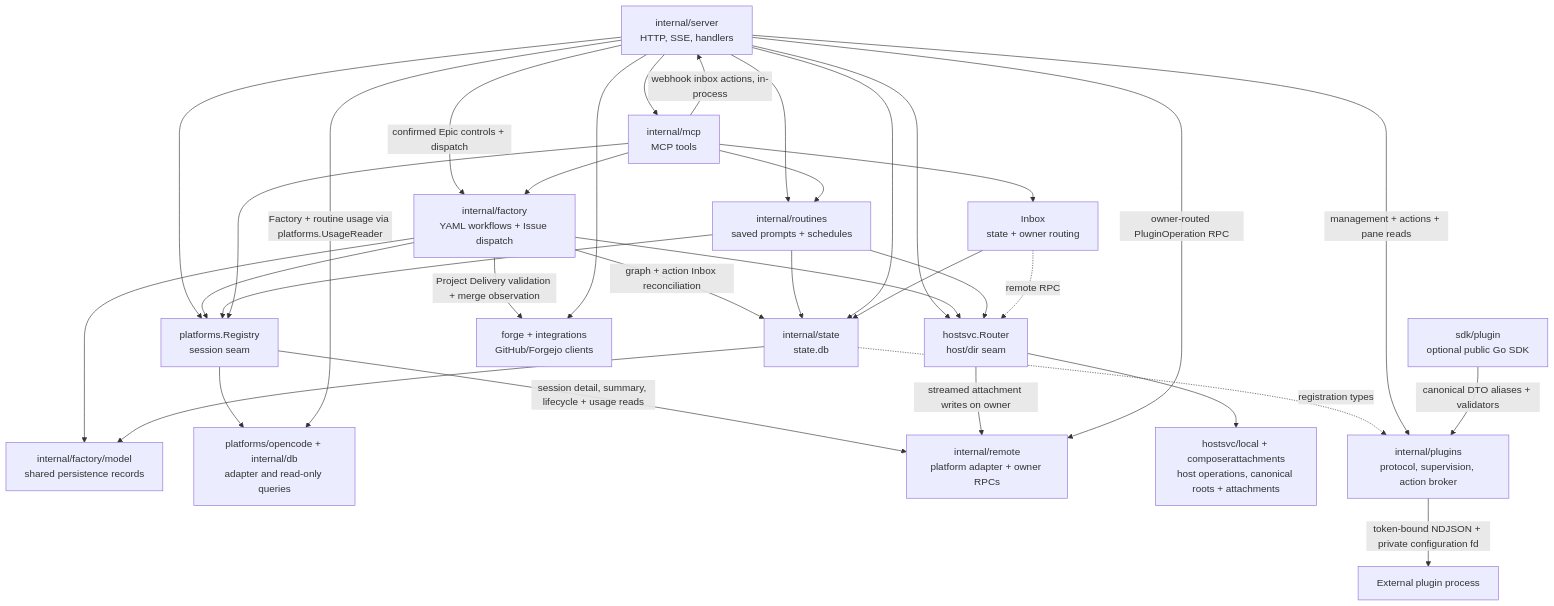
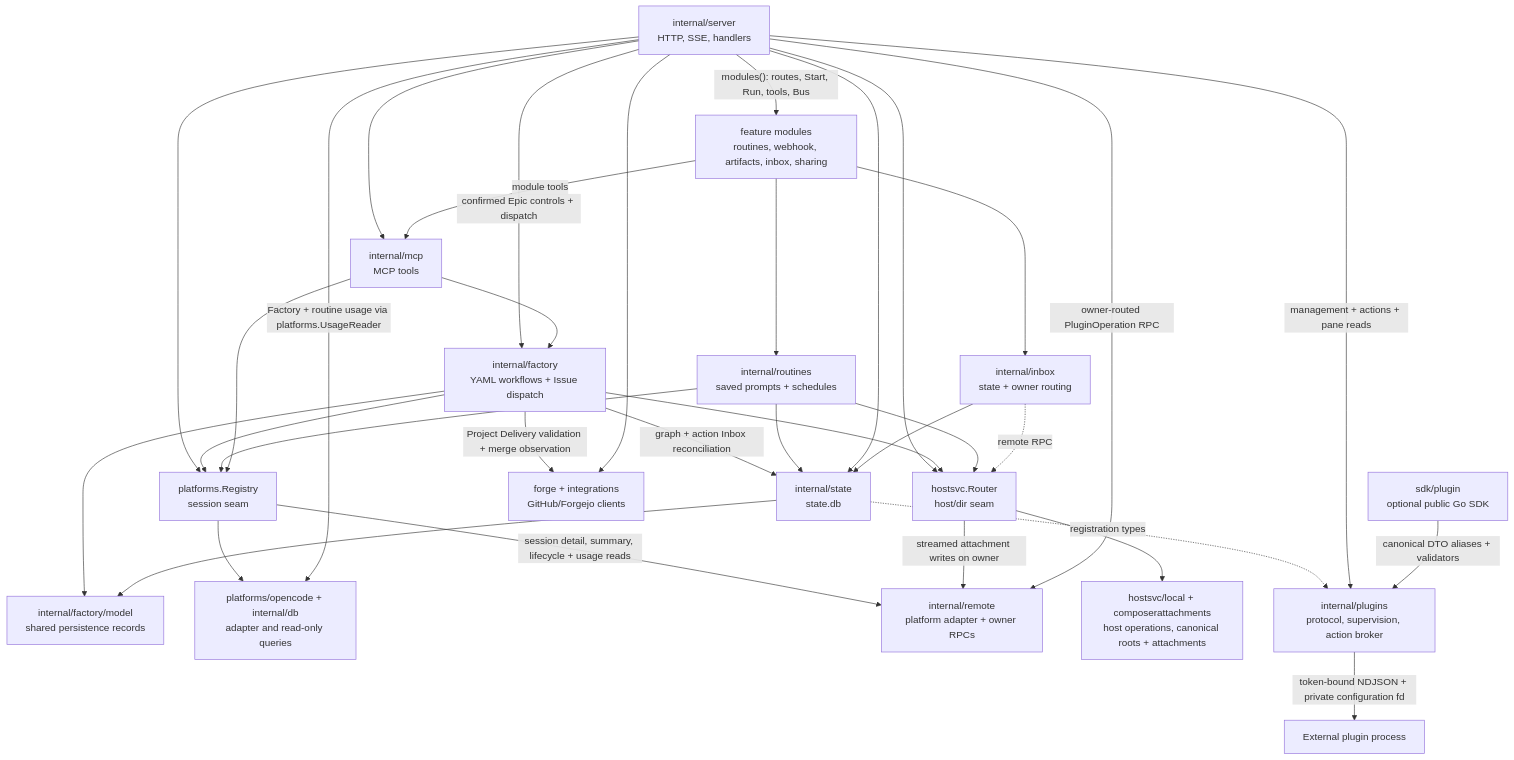
The third of 5 diagrams in docs/other/architecture.md (ocman/ocman), drawn with Mermaid before and after one commit. The commit also changed other lines of this file and 118 other files, not shown here.

Commit message:
refactor(server): extract feature modules and typed event bus

````diff
--- a/docs/other/architecture.md
+++ b/docs/other/architecture.md
@@ -175,36 +175,36 @@
 ```mermaid
 flowchart TD
     Server[internal/server<br/>HTTP, SSE, handlers] --> Registry[platforms.Registry<br/>session seam]
     Server --> Router[hostsvc.Router<br/>host/dir seam]
-    Server --> Routines[internal/routines<br/>saved prompts + schedules]
+    Server -->|"modules(): routes, Start, Run, tools, Bus"| Modules[feature modules<br/>routines, webhook, artifacts, inbox, sharing]
+    Modules --> Routines[internal/routines<br/>saved prompts + schedules]
     Server -->|confirmed Epic controls + dispatch| Factory[internal/factory<br/>YAML workflows + Issue dispatch]
     Factory --> FactoryModel[internal/factory/model<br/>shared persistence records]
     Factory -->|graph + action Inbox reconciliation| State
     State --> FactoryModel
     Factory --> Registry
     Factory --> Router
     Factory -->|Project Delivery validation + merge observation| Forge
     Routines --> Registry
     Routines --> Router
     Routines --> State
     Server --> MCP[internal/mcp<br/>MCP tools]
     MCP --> Factory
-    MCP --> Inbox[Inbox<br/>state + owner routing]
-    MCP --> Routines
-    MCP -->|webhook inbox actions, in-process| Server
+    Modules -->|module tools| MCP
+    Modules --> Inbox[internal/inbox<br/>state + owner routing]
     MCP --> Registry
     Registry --> OC[platforms/opencode + internal/db<br/>adapter and read-only queries]
     Server -->|Factory + routine usage via platforms.UsageReader| OC
     Registry -->|session detail, summary, lifecycle + usage reads| RP[internal/remote<br/>platform adapter + owner RPCs]
     Router --> Local[hostsvc/local + composerattachments<br/>host operations, canonical roots + attachments]
     Router -->|streamed attachment writes on owner| RP
     Server --> State[internal/state<br/>state.db]
     Inbox --> State
     Inbox -.->|remote RPC| Router
     Server --> Forge[forge + integrations<br/>GitHub/Forgejo clients]
     State -.->|registration types| Plugins[internal/plugins<br/>protocol, supervision, action broker]
     Server -->|management + actions + pane reads| Plugins
     Plugins -->|token-bound NDJSON + private configuration fd| PluginExec[External plugin process]
     Server -->|owner-routed PluginOperation RPC| RP
     PluginSDK[sdk/plugin<br/>optional public Go SDK] -->|canonical DTO aliases + validators| Plugins
 ```
````
